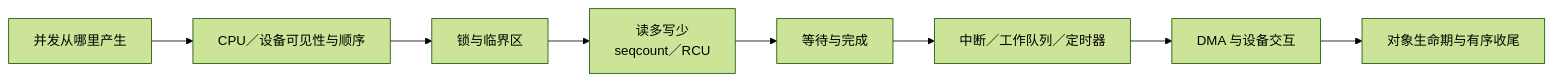
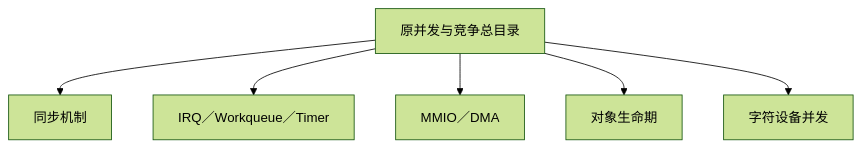
The diagram in knowledge/linux/synchronization/concurrency_and_competition/大纲.md (FormingSystem/linux_note), drawn with Mermaid (forest theme) before and after one commit. The commit also changed other lines of this file and 55 other files, not shown here.

````diff
--- a/knowledge/linux/synchronization/concurrency_and_competition/大纲.md
+++ b/knowledge/linux/synchronization/concurrency_and_competition/大纲.md
@@ -22,10 +20,8 @@
 ```mermaid
-flowchart LR
-    A[并发从哪里产生] --> B[CPU／设备可见性与顺序]
-    B --> C[锁与临界区]
-    C --> D[读多写少<br/>seqcount／RCU]
-    D --> E[等待与完成]
-    E --> F[中断／工作队列／定时器]
-    F --> G[DMA 与设备交互]
-    G --> H[对象生命期与有序收尾]
+flowchart TD
+    OLD[原并发与竞争总目录] --> SYNC[同步机制]
+    OLD --> IRQ[IRQ／Workqueue／Timer]
+    OLD --> IO[MMIO／DMA]
+    OLD --> LIFE[对象生命期]
+    OLD --> DRIVER[字符设备并发]
 ```
````
